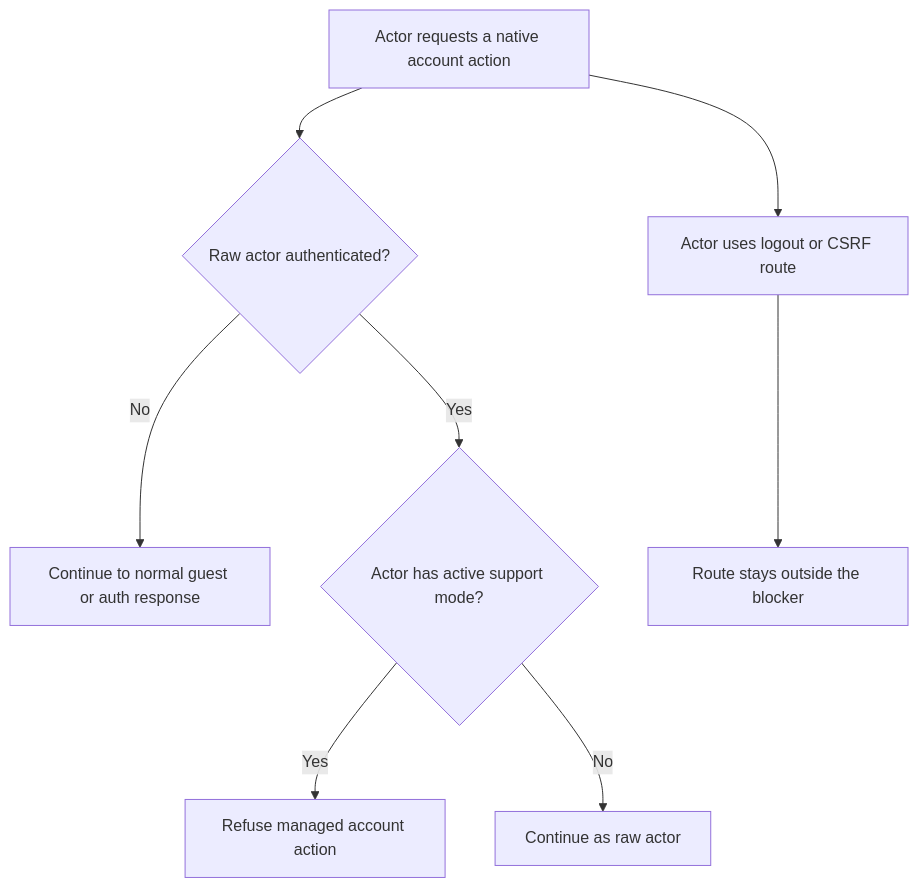
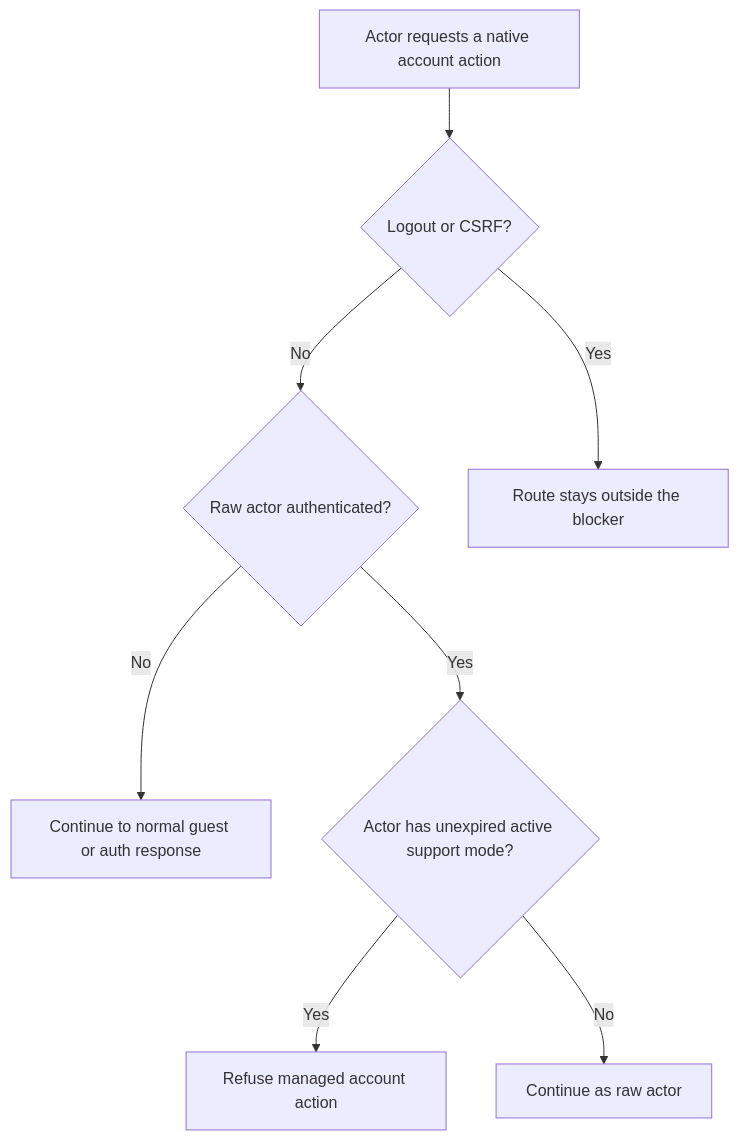
One commit to Kevinjohn/oss-adonisjs-masquerade changed the first of 2 diagrams in user-stories/protect-native-account/us-account-01-protect-native-account.md. Above: the diagram before and after it, drawn with Mermaid. The commit also changed other lines of this file and 26 other files, not shown here.

````diff
--- a/user-stories/protect-native-account/us-account-01-protect-native-account.md
+++ b/user-stories/protect-native-account/us-account-01-protect-native-account.md
@@ -21,10 +21,10 @@
 ```mermaid
 flowchart TD
-    A["Actor requests a native account action"] --> B{"Raw actor authenticated?"}
+    A["Actor requests a native account action"] --> R{"Logout or CSRF?"}
+    R -->|No| B{"Raw actor authenticated?"}
     B -->|No| C["Continue to normal guest or auth response"]
-    B -->|Yes| D{"Actor has active support mode?"}
+    B -->|Yes| D{"Actor has unexpired active support mode?"}
     D -->|Yes| E["Refuse managed account action"]
     D -->|No| F["Continue as raw actor"]
-    A --> G["Actor uses logout or CSRF route"]
-    G --> H["Route stays outside the blocker"]
+    R -->|Yes| H["Route stays outside the blocker"]
 ```
````
